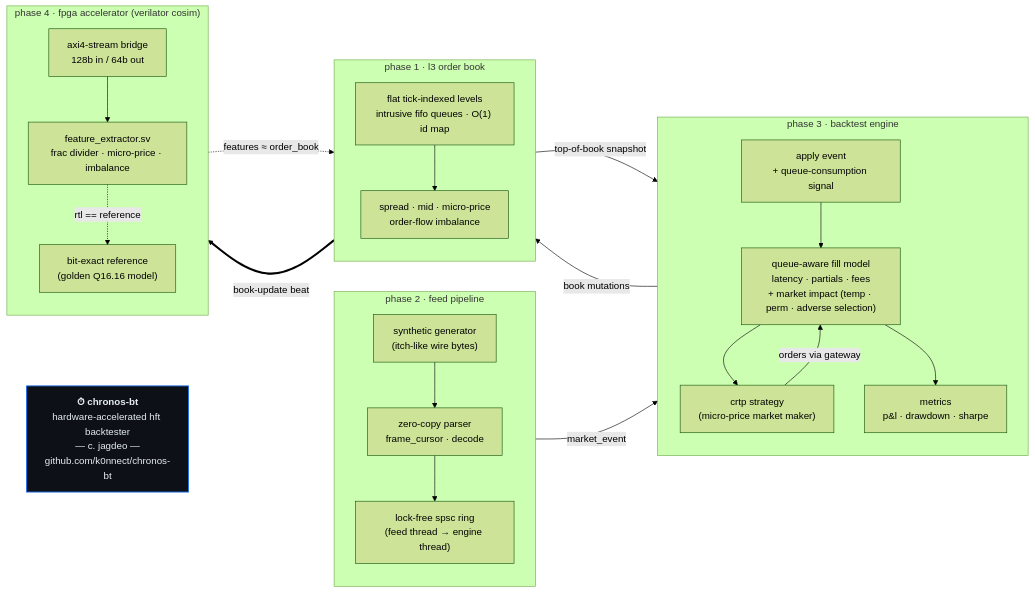
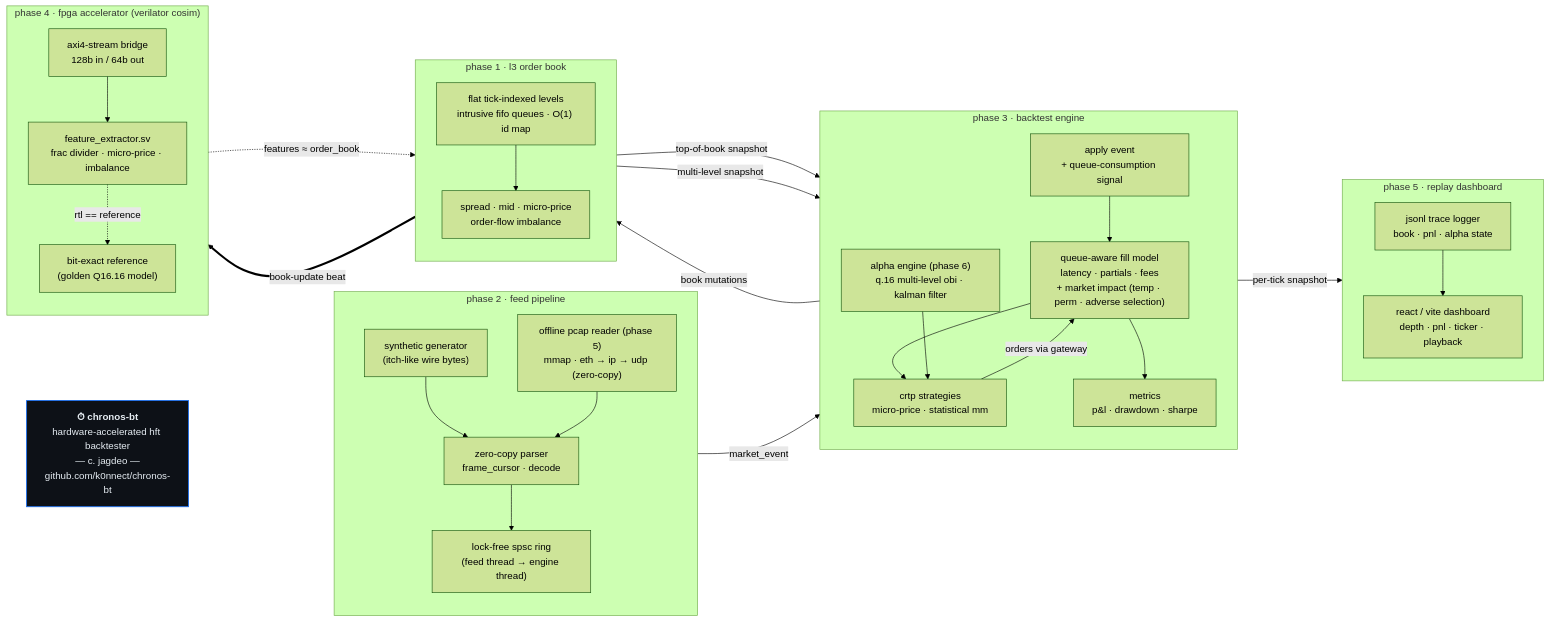
One commit to k0nnect/chronos-hft changed the diagram in README.md. Above: the diagram before and after it, drawn with Mermaid (forest theme). The commit also changed other lines of this file and 14 other files, not shown here.

Commit message:
statistical mm (q.16 alpha engine) + offline pcap replay functionality

````diff
--- a/README.md
+++ b/README.md
@@ -10,52 +10,65 @@
 ```mermaid
 flowchart LR
     %% ── watermark ───────────────────────────────
     BRAND["<b>⏱ chronos-bt</b><br/>hardware-accelerated hft backtester<br/>— c. jagdeo —<br/>github.com/k0nnect/chronos-bt"]
     click BRAND href "https://github.com/k0nnect/chronos-bt" "chronos-bt · c. jagdeo" _blank
     BRAND ~~~ feed
 
     subgraph feed["phase 2 · feed pipeline"]
         direction TB
         GEN["synthetic generator<br/>(itch-like wire bytes)"]
+        PCAP["offline pcap reader (phase 5)<br/>mmap · eth → ip → udp (zero-copy)"]
         PARSE["zero-copy parser<br/>frame_cursor · decode"]
         RING["lock-free spsc ring<br/>(feed thread → engine thread)"]
         GEN --> PARSE --> RING
+        PCAP --> PARSE
     end
 
     subgraph book["phase 1 · l3 order book"]
         direction TB
         BOOK["flat tick-indexed levels<br/>intrusive fifo queues · O(1) id map"]
         ANALYTICS["spread · mid · micro-price<br/>order-flow imbalance"]
         BOOK --> ANALYTICS
     end
 
     subgraph engine["phase 3 · backtest engine"]
         direction TB
         APPLY["apply event<br/>+ queue-consumption signal"]
         FILL["queue-aware fill model<br/>latency · partials · fees<br/>+ market impact (temp · perm · adverse selection)"]
-        STRAT["crtp strategy<br/>(micro-price market maker)"]
+        ALPHA["alpha engine (phase 6)<br/>q.16 multi-level obi · kalman filter"]
+        STRAT["crtp strategies<br/>micro-price · statistical mm"]
         METRICS["metrics<br/>p&l · drawdown · sharpe"]
         APPLY --> FILL --> STRAT
+        ALPHA --> STRAT
         FILL --> METRICS
     end
 
     subgraph hw["phase 4 · fpga accelerator (verilator cosim)"]
         direction TB
         AXI["axi4-stream bridge<br/>128b in / 64b out"]
         RTL["feature_extractor.sv<br/>frac divider · micro-price · imbalance"]
         REF["bit-exact reference<br/>(golden Q16.16 model)"]
         AXI --> RTL
         RTL -.->|rtl == reference| REF
     end
 
+    subgraph viz["phase 5 · replay dashboard"]
+        direction TB
+        TRACE["jsonl trace logger<br/>book · pnl · alpha state"]
+        DASH["react / vite dashboard<br/>depth · pnl · ticker · playback"]
+        TRACE --> DASH
+    end
+
     RING -->|market_event| APPLY
     APPLY -->|book mutations| BOOK
     BOOK -->|top-of-book snapshot| STRAT
+    BOOK -->|multi-level snapshot| ALPHA
     STRAT -->|orders via gateway| FILL
+    METRICS -->|per-tick snapshot| TRACE
     BOOK ==>|book-update beat| AXI
     REF -.->|features ≈ order_book| ANALYTICS
 
     %% ── styling ─────────────────────────────────────────
     classDef brand fill:#0d1117,stroke:#1f6feb,stroke-width:1.5px,color:#e6edf3;
     class BRAND brand;
 ```
````
